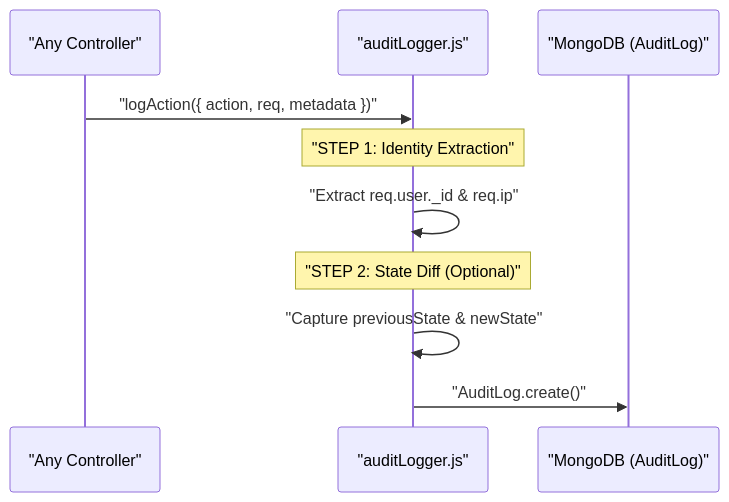
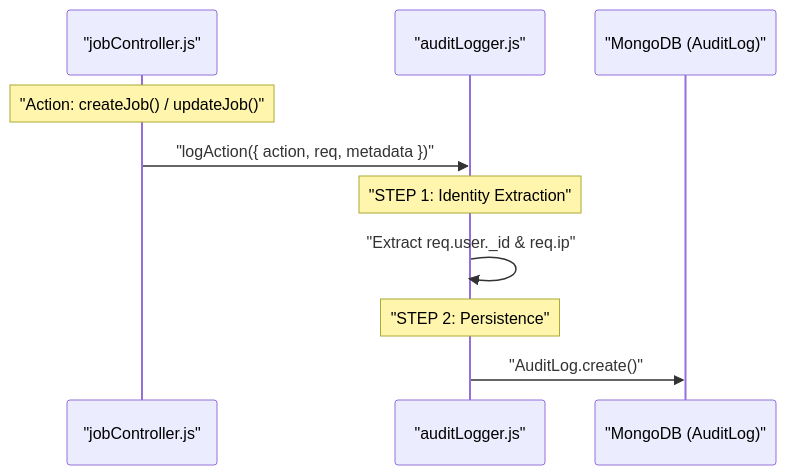
The fourth of 6 diagrams in docs/system_flows.md (sba-0406/JodsScreening), drawn with Mermaid before and after one commit. The commit also changed other lines of this file and 22 other files, not shown here.

````diff
--- a/docs/system_flows.md
+++ b/docs/system_flows.md
@@ -115,16 +119,15 @@
 ```mermaid
 sequenceDiagram
-    participant Controller as "Any Controller"
+    participant Controller as "jobController.js"
     participant AL as "auditLogger.js"
     participant DB as "MongoDB (AuditLog)"
 
+    Note over Controller: "Action: createJob() / updateJob()"
     Controller->>AL: "logAction({ action, req, metadata })"
     
     Note over AL: "STEP 1: Identity Extraction"
     AL->>AL: "Extract req.user._id & req.ip"
     
-    Note over AL: "STEP 2: State Diff (Optional)"
-    AL->>AL: "Capture previousState & newState"
-
+    Note over AL: "STEP 2: Persistence"
     AL->>DB: "AuditLog.create()"
 ```
````
